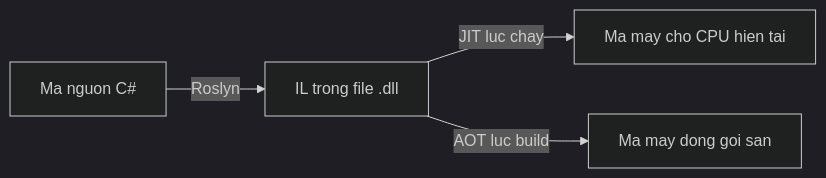
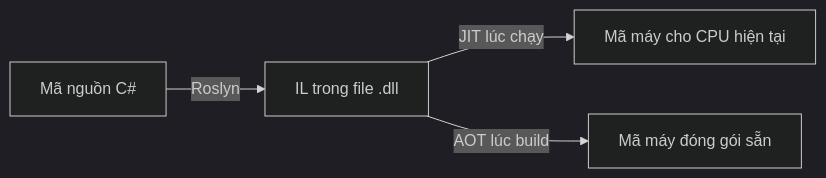
Before and after one commit to TienNHM/tiennhm.github.io: the diagram in docs/09-dotnet-backend-zero-to-senior/stage-01-foundation/module-02-computer-science-basics/2.9-dotnet-runtime-and-ecosystem.mdx, drawn with Mermaid (dark theme). The commit also changed 10 other files, not shown here.

````diff
--- a/docs/09-dotnet-backend-zero-to-senior/stage-01-foundation/module-02-computer-science-basics/2.9-dotnet-runtime-and-ecosystem.mdx
+++ b/docs/09-dotnet-backend-zero-to-senior/stage-01-foundation/module-02-computer-science-basics/2.9-dotnet-runtime-and-ecosystem.mdx
@@ -29,6 +29,6 @@
 ```mermaid
 flowchart LR
-    A[Ma nguon C#] -->|Roslyn| B[IL trong file .dll]
-    B -->|JIT luc chay| C[Ma may cho CPU hien tai]
-    B -->|AOT luc build| D[Ma may dong goi san]
+    A[Mã nguồn C#] -->|Roslyn| B[IL trong file .dll]
+    B -->|JIT lúc chạy| C[Mã máy cho CPU hiện tại]
+    B -->|AOT lúc build| D[Mã máy đóng gói sẵn]
 ```
````
